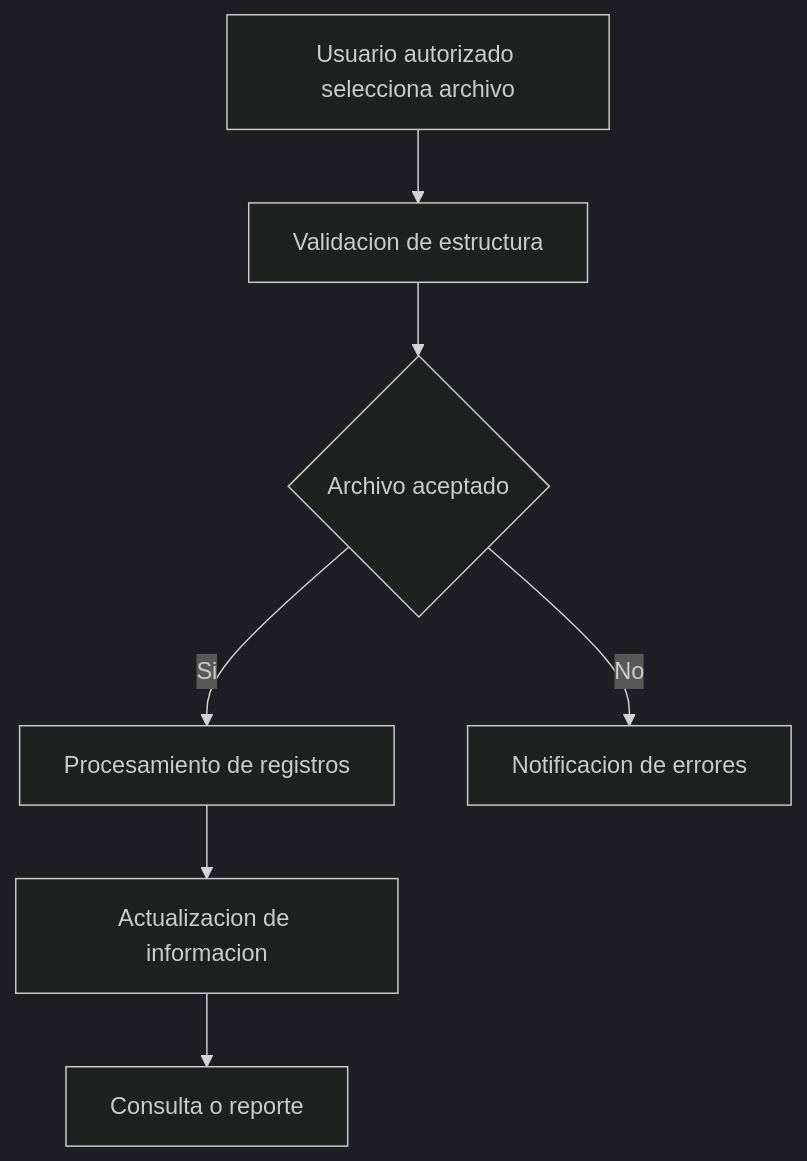
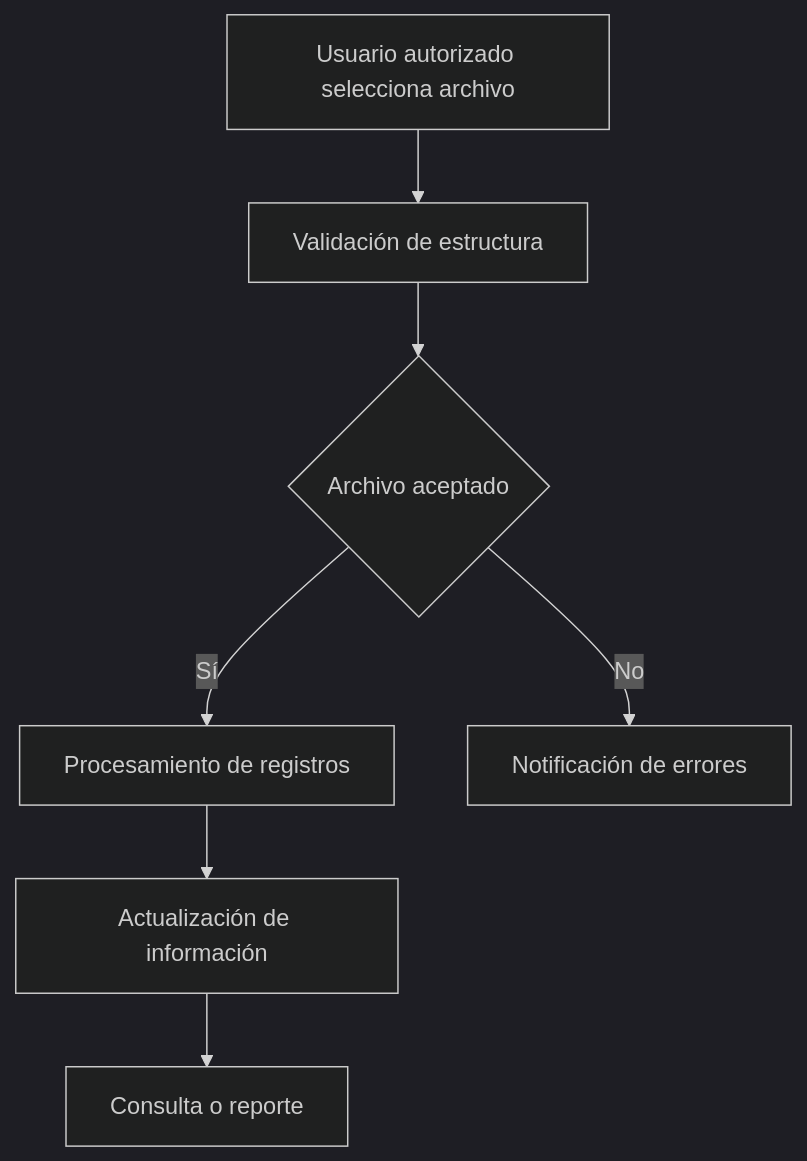
Before and after one commit to Ricardo-NM/totis-gdb-docs: the second of 4 diagrams in docs/flujos.md, drawn with Mermaid (dark theme). The commit also changed other lines of this file and 10 other files, not shown here.

````diff
--- a/docs/flujos.md
+++ b/docs/flujos.md
@@ -20,9 +20,9 @@
 ```mermaid
 flowchart TD
-    A[Usuario autorizado selecciona archivo] --> B[Validacion de estructura]
+    A[Usuario autorizado selecciona archivo] --> B[Validación de estructura]
     B --> C{Archivo aceptado}
-    C -->|Si| D[Procesamiento de registros]
-    C -->|No| E[Notificacion de errores]
-    D --> F[Actualizacion de informacion]
+    C -->|Sí| D[Procesamiento de registros]
+    C -->|No| E[Notificación de errores]
+    D --> F[Actualización de información]
     F --> G[Consulta o reporte]
 ```
````
